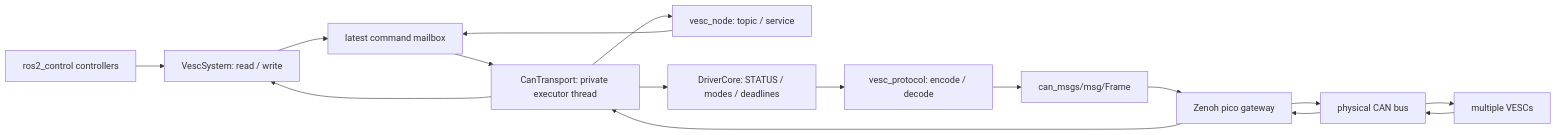
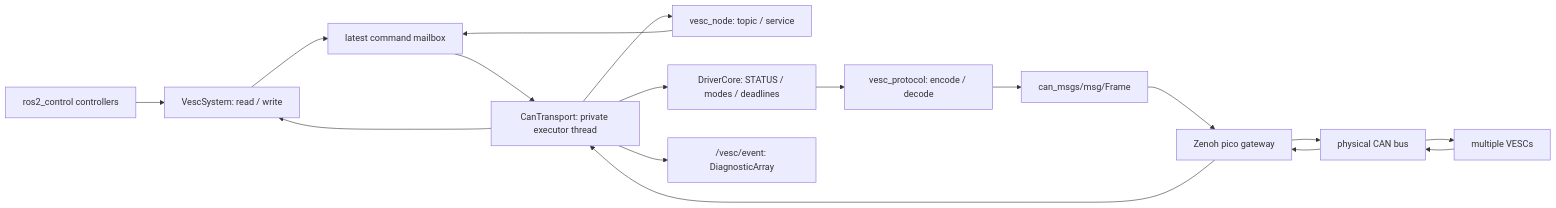
The diagram in docs/architecture.md (ryo-0723/vesc_can_ros2_control), drawn with Mermaid before and after one commit. The commit also changed other lines of this file and 37 other files, not shown here.

````diff
--- a/docs/architecture.md
+++ b/docs/architecture.md
@@ -20,18 +21,19 @@
 ```mermaid
 flowchart LR
   C[ros2_control controllers] --> H[VescSystem: read / write]
   N[vesc_node: topic / service] --> M[latest command mailbox]
   H --> M
   M --> T[CanTransport: private executor thread]
   T --> D[DriverCore: STATUS / modes / deadlines]
   D --> P[vesc_protocol: encode / decode]
   P --> F[can_msgs/msg/Frame]
   F --> Z[Zenoh pico gateway]
   Z --> B[physical CAN bus]
   B --> V[multiple VESCs]
   V --> B
   B --> Z
   Z --> T
   T --> H
   T --> N
+  T --> E["/vesc/event: DiagnosticArray"]
 ```
````
